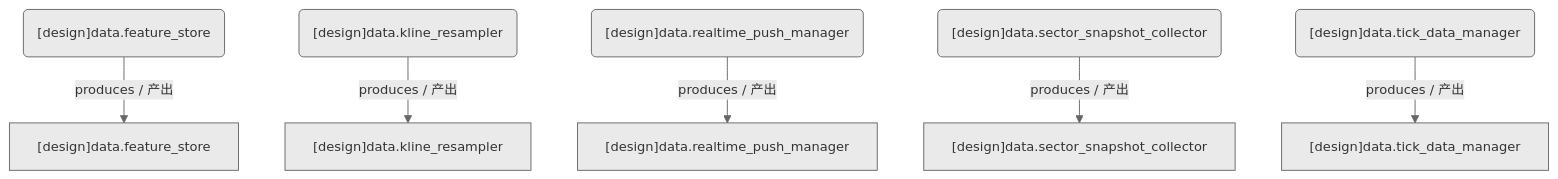
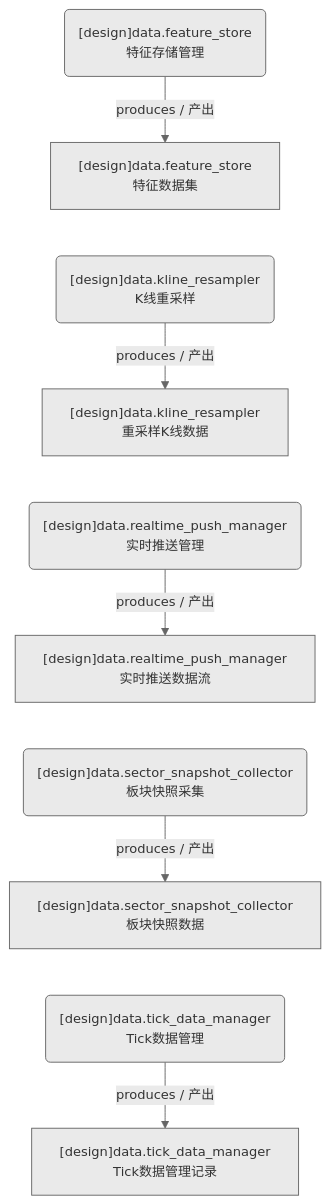
The diagram in docs/02_enterprise_architecture/05_dataflow_architecture/d_data.md (xuanFelixVan/ZephyrAlpha), drawn with Mermaid before and after one commit. The commit also changed other lines of this file and 11 other files, not shown here.

````diff
--- a/docs/02_enterprise_architecture/05_dataflow_architecture/d_data.md
+++ b/docs/02_enterprise_architecture/05_dataflow_architecture/d_data.md
@@ -21,19 +23,23 @@
 ```mermaid
 %%{init: {'theme': 'base', 'themeVariables': {'primaryColor': '#eaeaea', 'primaryTextColor': '#333333', 'primaryBorderColor': '#666666', 'lineColor': '#666666', 'secondaryColor': '#eaeaea', 'tertiaryColor': '#eaeaea', 'fontSize': '14px'}}}%%
 flowchart TD
-    DS11253["[design]data.feature_store"]
-    DS11256["[design]data.kline_resampler"]
-    DS11254["[design]data.realtime_push_manager"]
-    DS11257["[design]data.sector_snapshot_collector"]
-    DS11255["[design]data.tick_data_manager"]
-    JOB757617("[design]data.feature_store")
-    JOB757620("[design]data.kline_resampler")
-    JOB757618("[design]data.realtime_push_manager")
-    JOB757621("[design]data.sector_snapshot_collector")
-    JOB757619("[design]data.tick_data_manager")
+    DS11253["[design]data.feature_store<br/>特征数据集"]
+    DS11256["[design]data.kline_resampler<br/>重采样K线数据"]
+    DS11254["[design]data.realtime_push_manager<br/>实时推送数据流"]
+    DS11257["[design]data.sector_snapshot_collector<br/>板块快照数据"]
+    DS11255["[design]data.tick_data_manager<br/>Tick数据管理记录"]
+    JOB757617("[design]data.feature_store<br/>特征存储管理")
+    JOB757620("[design]data.kline_resampler<br/>K线重采样")
+    JOB757618("[design]data.realtime_push_manager<br/>实时推送管理")
+    JOB757621("[design]data.sector_snapshot_collector<br/>板块快照采集")
+    JOB757619("[design]data.tick_data_manager<br/>Tick数据管理")
     JOB757617 -->|produces / 产出| DS11253
     JOB757618 -->|produces / 产出| DS11254
     JOB757619 -->|produces / 产出| DS11255
     JOB757620 -->|produces / 产出| DS11256
     JOB757621 -->|produces / 产出| DS11257
+    DS11253 ~~~ JOB757620
+    DS11256 ~~~ JOB757618
+    DS11254 ~~~ JOB757621
+    DS11257 ~~~ JOB757619
 ```
````
